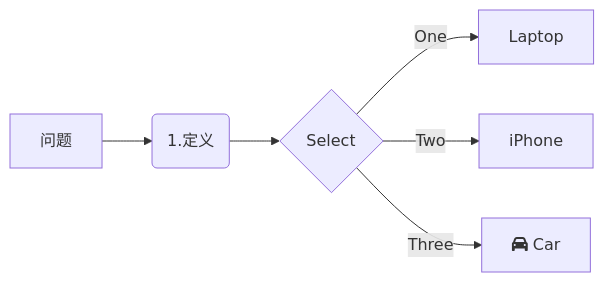
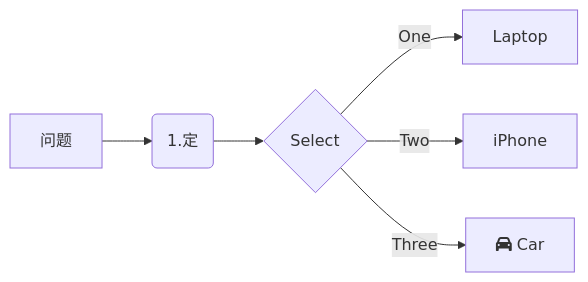
One commit to yingjianzh/iodraw-files changed the diagram in all/未命名-21.md. Above: the diagram before and after it, drawn with Mermaid.

Commit message:
2025-02-17 14:17:23 update

````diff
--- a/all/未命名-21.md
+++ b/all/未命名-21.md
@@ -1,9 +1,9 @@
 ```mermaid
 graph LR
-    A[问题] -->B(1.定义)
+    A[问题] -->B(1.定)
     B --> C{Select}
     C -->|One| D[Laptop]
     C -->|Two| E[iPhone]
     C -->|Three| F[fa:fa-car Car]
   
 ```
````
